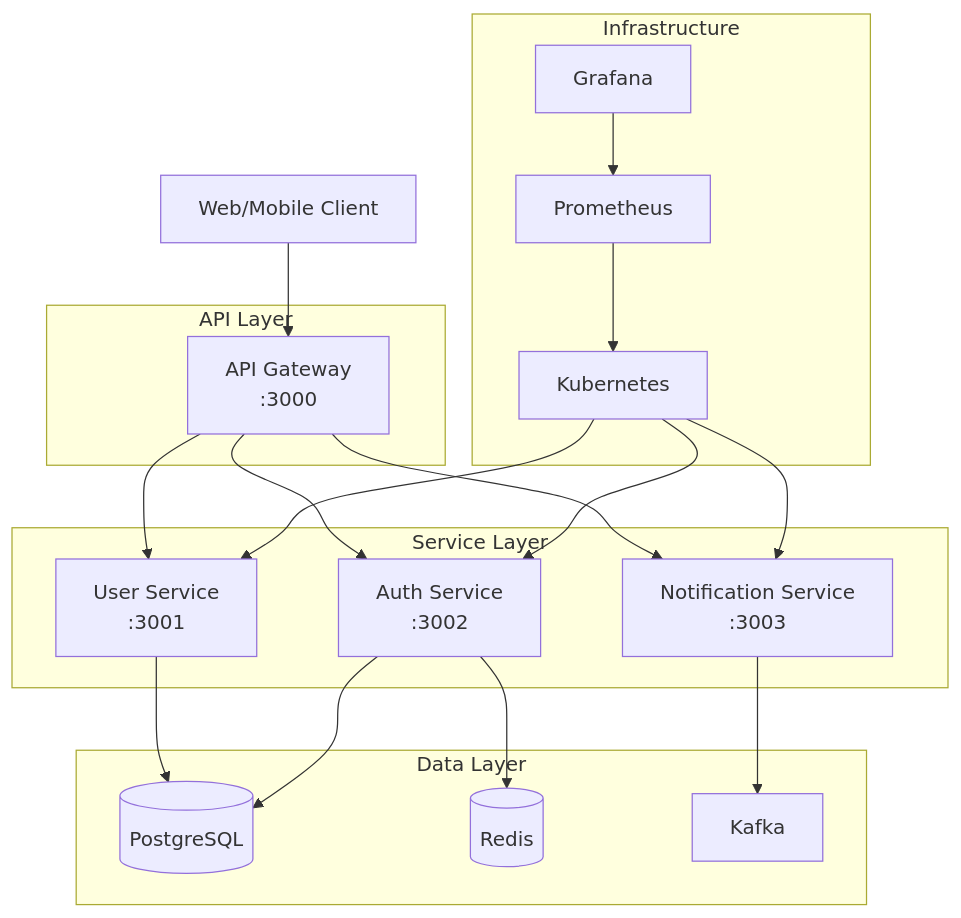
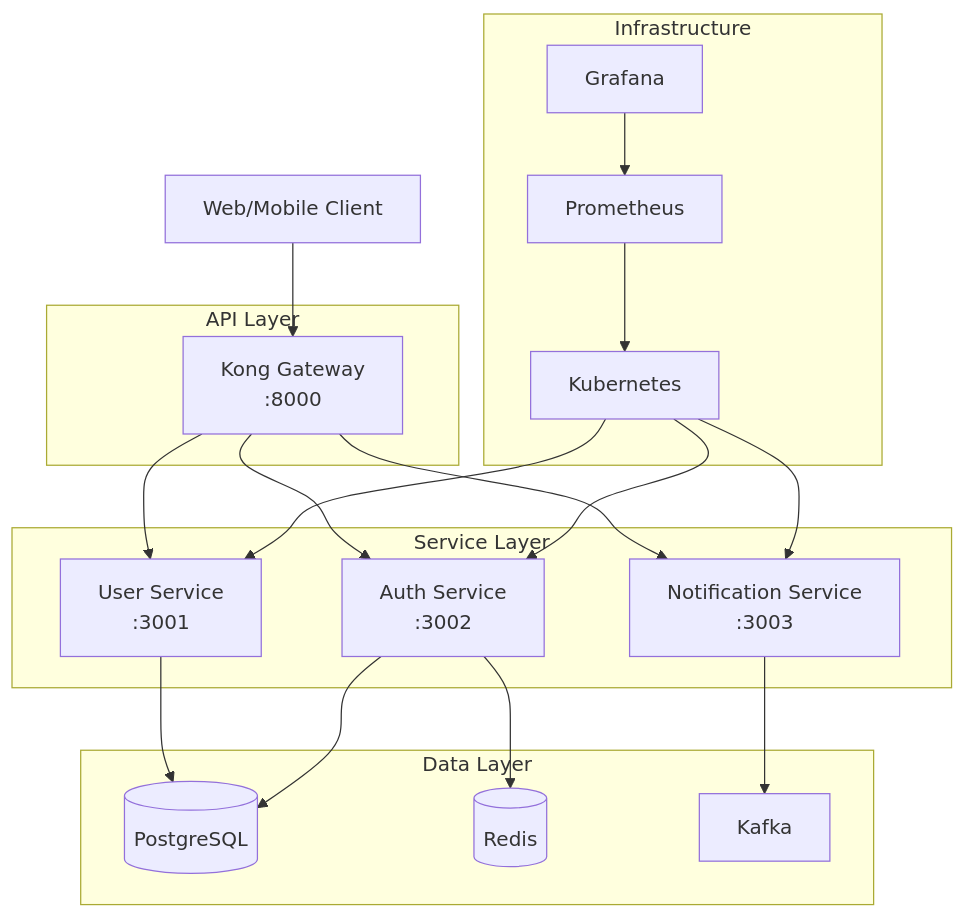
Before and after one commit to milosCvetkovicDev/node-microservices: the diagram in README.md, drawn with Mermaid. The commit also changed other lines of this file and 84 other files, not shown here.

````diff
--- a/README.md
+++ b/README.md
@@ -49,43 +49,43 @@
 ```mermaid
 graph TB
     Client[Web/Mobile Client]
     
     subgraph "API Layer"
-        Gateway[API Gateway<br/>:3000]
+        Gateway[Kong Gateway<br/>:8000]
     end
     
     subgraph "Service Layer"
         UserSvc[User Service<br/>:3001]
         AuthSvc[Auth Service<br/>:3002]
         NotifSvc[Notification Service<br/>:3003]
     end
     
     subgraph "Data Layer"
         PG[(PostgreSQL)]
         Redis[(Redis)]
         Kafka[Kafka]
     end
     
     subgraph "Infrastructure"
         K8s[Kubernetes]
         Prometheus[Prometheus]
         Grafana[Grafana]
     end
     
     Client --> Gateway
     Gateway --> UserSvc
     Gateway --> AuthSvc
     Gateway --> NotifSvc
     
     UserSvc --> PG
     AuthSvc --> PG
     AuthSvc --> Redis
     NotifSvc --> Kafka
     
     K8s --> UserSvc
     K8s --> AuthSvc
     K8s --> NotifSvc
     
     Prometheus --> K8s
     Grafana --> Prometheus
 ```
````
